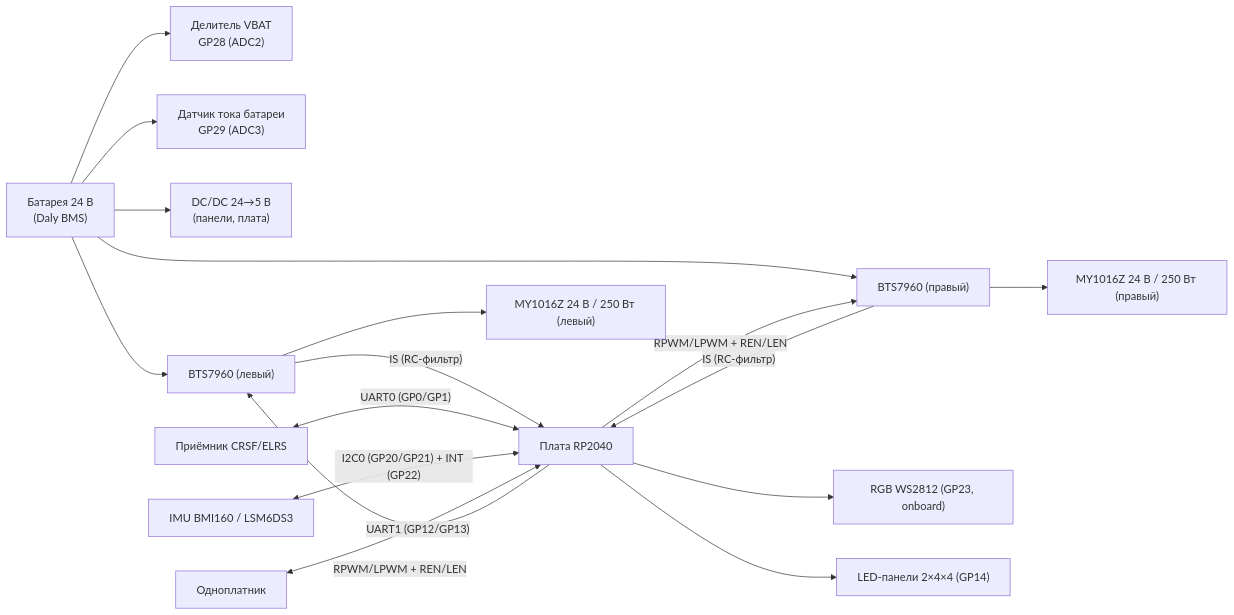
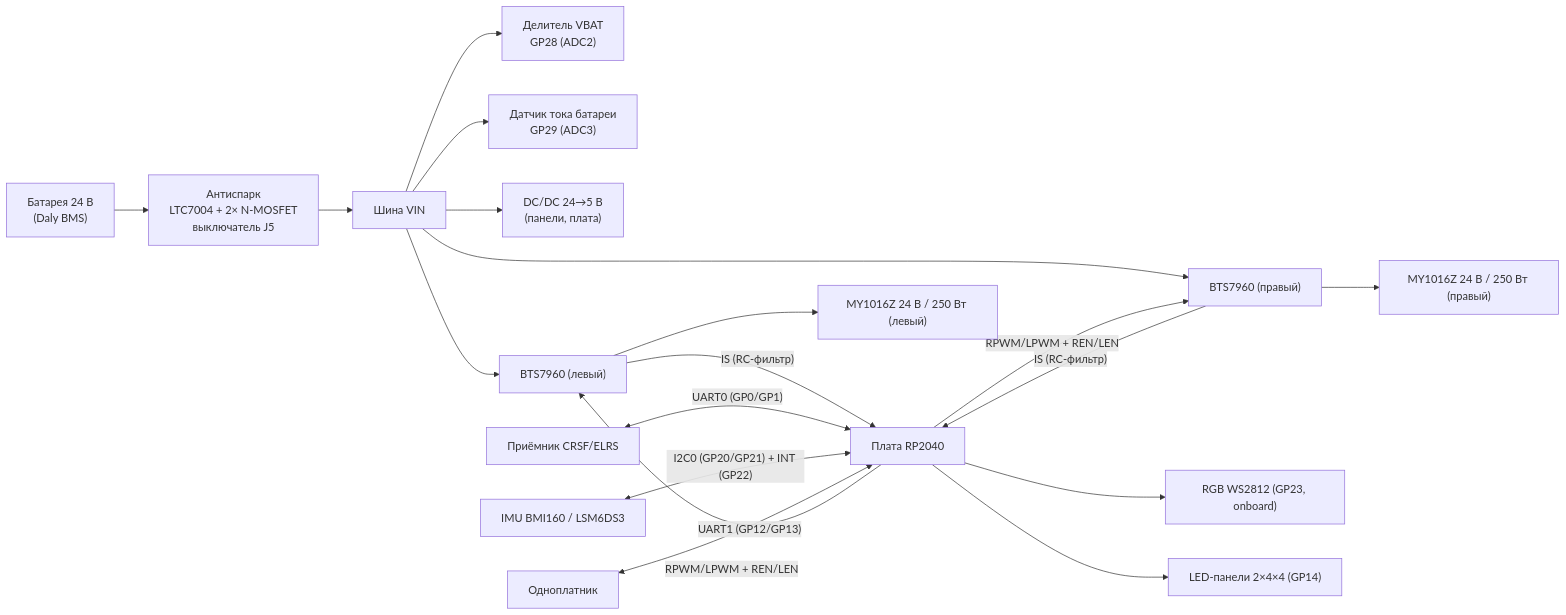
Before and after one commit to GOODWORKRINKZ/biba: the diagram in kicad/variants/brushed-bts7960/README.md, drawn with Mermaid. The commit also changed other lines of this file and 7 other files, not shown here.

First line of the commit message:
feat(kicad): антиспарк-выключатель шины 24 В (LTC7004 + 2× N-MOSFET, лист 2)

````diff
--- a/kicad/variants/brushed-bts7960/README.md
+++ b/kicad/variants/brushed-bts7960/README.md
@@ -65,19 +67,21 @@
 ```mermaid
 flowchart LR
-    BAT["Батарея 24 В<br/>(Daly BMS)"] --> VBAT["Делитель VBAT<br/>GP28 (ADC2)"]
-    BAT --> IBAT["Датчик тока батареи<br/>GP29 (ADC3)"]
-    BAT --> DCDC["DC/DC 24→5 В<br/>(панели, плата)"]
-    BAT --> BTS_L["BTS7960 (левый)"]
-    BAT --> BTS_R["BTS7960 (правый)"]
+    BAT["Батарея 24 В<br/>(Daly BMS)"] --> AS["Антиспарк<br/>LTC7004 + 2× N-MOSFET<br/>выключатель J5"]
+    AS --> VIN["Шина VIN"]
+    VIN --> VBAT["Делитель VBAT<br/>GP28 (ADC2)"]
+    VIN --> IBAT["Датчик тока батареи<br/>GP29 (ADC3)"]
+    VIN --> DCDC["DC/DC 24→5 В<br/>(панели, плата)"]
+    VIN --> BTS_L["BTS7960 (левый)"]
+    VIN --> BTS_R["BTS7960 (правый)"]
     RP["Плата RP2040"] -- "RPWM/LPWM + REN/LEN" --> BTS_L
     RP -- "RPWM/LPWM + REN/LEN" --> BTS_R
     BTS_L -- "IS (RC-фильтр)" --> RP
     BTS_R -- "IS (RC-фильтр)" --> RP
     BTS_L --> M_L["MY1016Z 24 В / 250 Вт (левый)"]
     BTS_R --> M_R["MY1016Z 24 В / 250 Вт (правый)"]
     CRSF["Приёмник CRSF/ELRS"] <-->|"UART0 (GP0/GP1)"| RP
     IMU["IMU BMI160 / LSM6DS3"] <-->|"I2C0 (GP20/GP21) + INT (GP22)"| RP
     SBC["Одноплатник"] <-->|"UART1 (GP12/GP13)"| RP
     RP --> RGB["RGB WS2812 (GP23, onboard)"]
     RP --> PANEL["LED-панели 2×4×4 (GP14)"]
 ```
````
